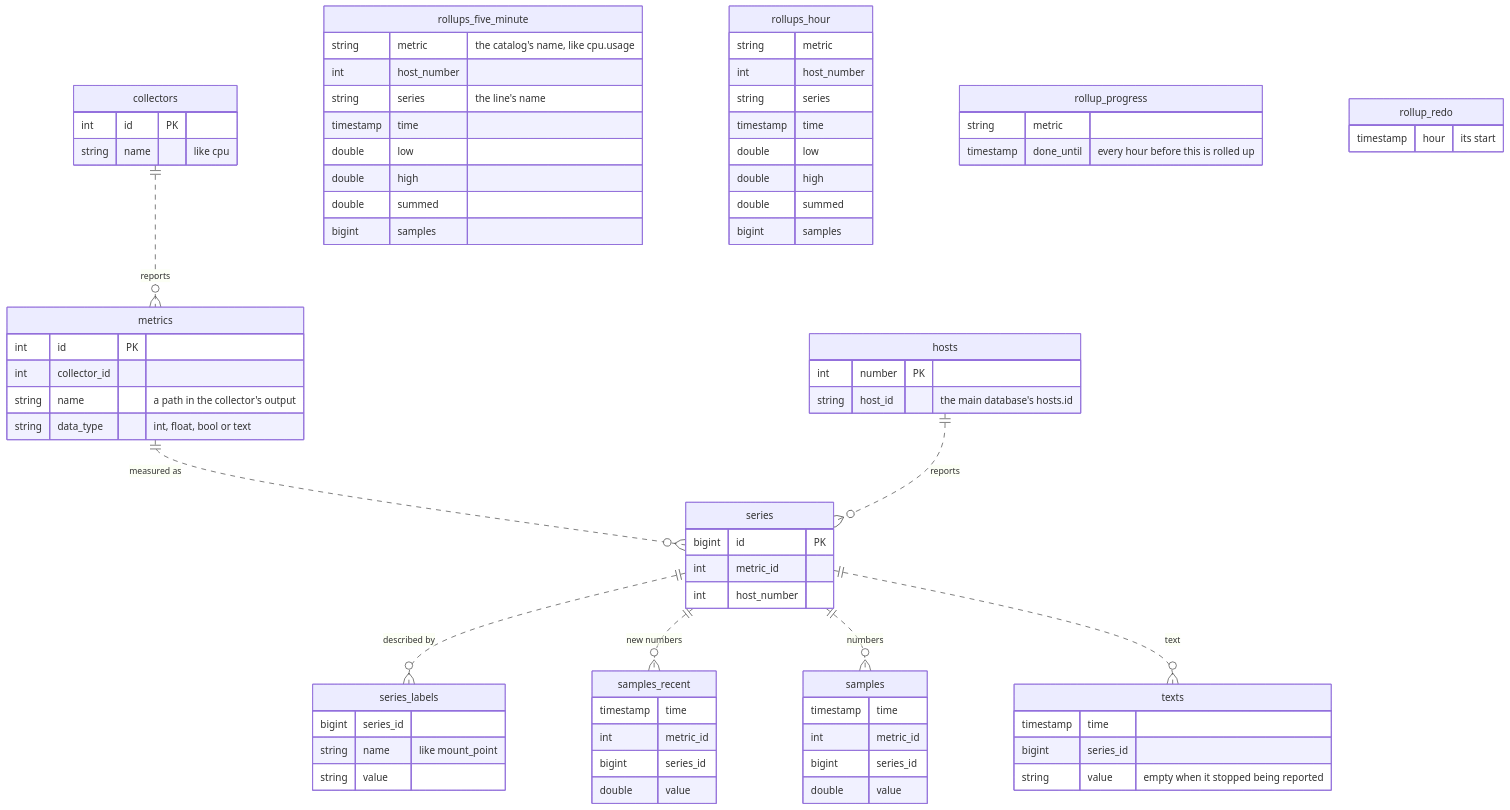
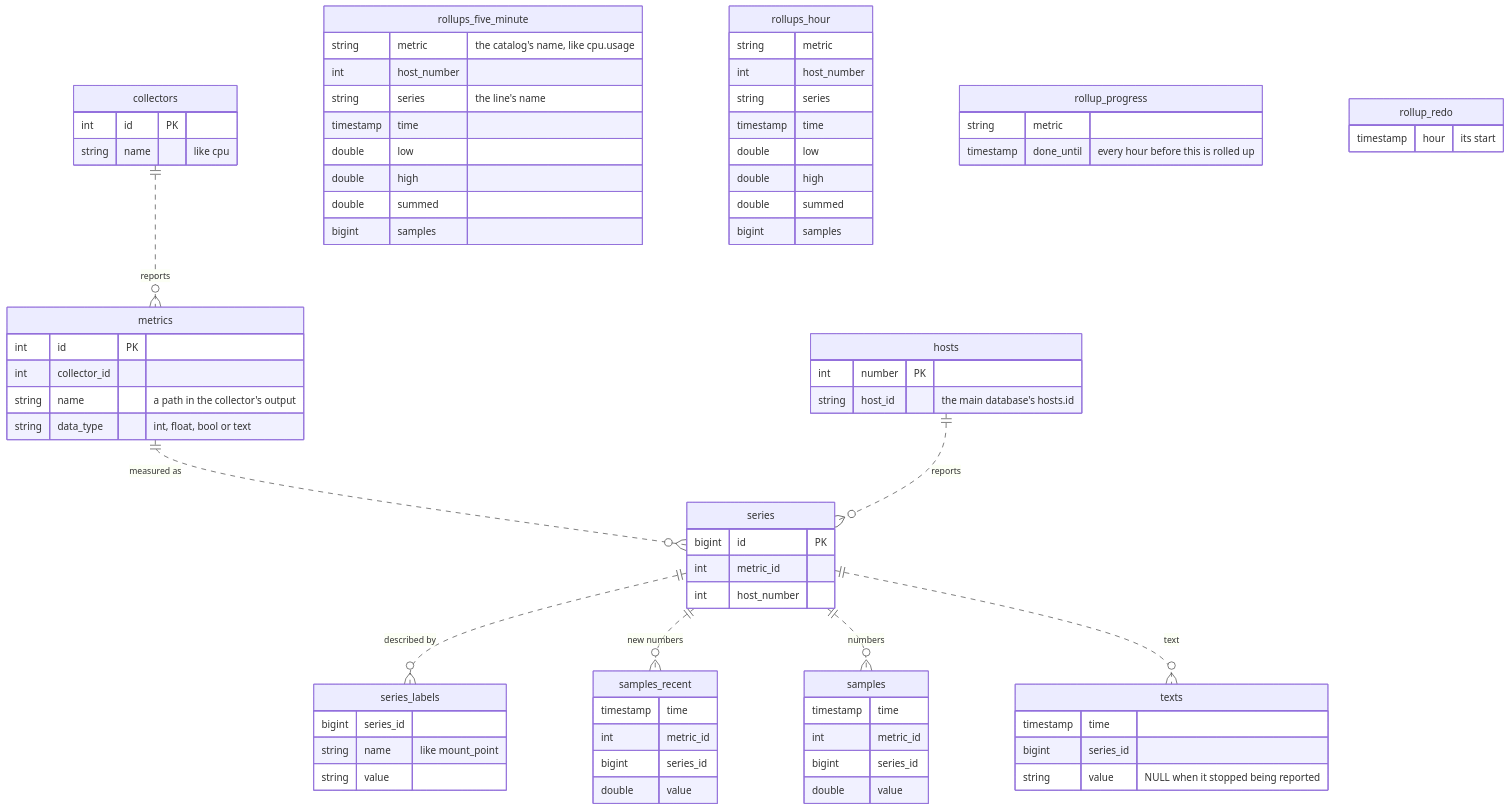
One commit to sfreiberg/maxnines changed the third of 4 diagrams in database/README.md. Above: the diagram before and after it, drawn with Mermaid. The commit also changed other lines of this file and 20 other files, not shown here.

````diff
--- a/database/README.md
+++ b/database/README.md
@@ -472,79 +534,79 @@
 ```mermaid
 erDiagram
     collectors ||..o{ metrics : "reports"
     metrics ||..o{ series : "measured as"
     hosts ||..o{ series : "reports"
     series ||..o{ series_labels : "described by"
     series ||..o{ samples_recent : "new numbers"
     series ||..o{ samples : "numbers"
     series ||..o{ texts : "text"
 
     collectors {
         int id PK
         string name "like cpu"
     }
     metrics {
         int id PK
         int collector_id
         string name "a path in the collector's output"
         string data_type "int, float, bool or text"
     }
     hosts {
         int number PK
         string host_id "the main database's hosts.id"
     }
     series {
         bigint id PK
         int metric_id
         int host_number
     }
     series_labels {
         bigint series_id
         string name "like mount_point"
         string value
     }
     samples_recent {
         timestamp time
         int metric_id
         bigint series_id
         double value
     }
     samples {
         timestamp time
         int metric_id
         bigint series_id
         double value
     }
     texts {
         timestamp time
         bigint series_id
-        string value "empty when it stopped being reported"
+        string value "NULL when it stopped being reported"
     }
     rollups_five_minute {
         string metric "the catalog's name, like cpu.usage"
         int host_number
         string series "the line's name"
         timestamp time
         double low
         double high
         double summed
         bigint samples
     }
     rollups_hour {
         string metric
         int host_number
         string series
         timestamp time
         double low
         double high
         double summed
         bigint samples
     }
     rollup_progress {
         string metric
         timestamp done_until "every hour before this is rolled up"
     }
     rollup_redo {
         timestamp hour "its start"
     }
 ```
````
